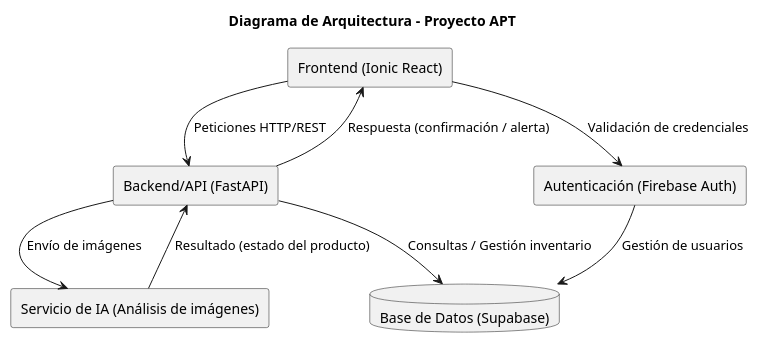
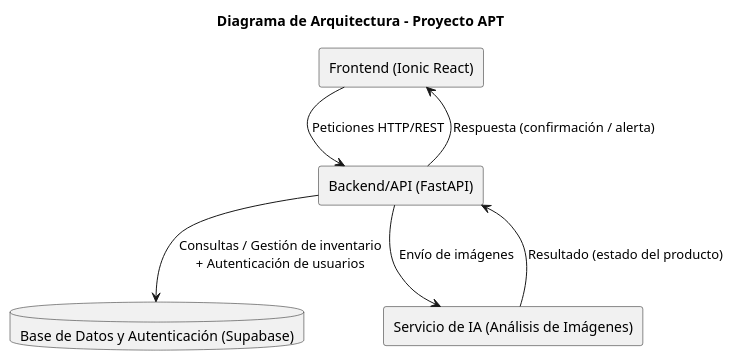
Before and after one commit to Tihare-Campusano/NEXA: the diagram in inventario-app/docs/diagramas/Diagrama_de_arquitectura.puml, drawn with PlantUML. The commit also changed 13 other files, not shown here.

```diff
--- a/inventario-app/docs/diagramas/Diagrama_de_arquitectura.puml
+++ b/inventario-app/docs/diagramas/Diagrama_de_arquitectura.puml
@@ -1,18 +1,15 @@
 @startuml Diagrama_de_arquitectura
 title Diagrama de Arquitectura - Proyecto APT
 
 rectangle "Frontend (Ionic React)" as FE
 rectangle "Backend/API (FastAPI)" as BE
-database "Base de Datos (Supabase)" as DB
-rectangle "Servicio de IA (Análisis de imágenes)" as IA
-rectangle "Autenticación (Firebase Auth)" as AUTH
+database "Base de Datos y Autenticación (Supabase)" as DB
+rectangle "Servicio de IA (Análisis de Imágenes)" as IA
 
 FE --> BE : Peticiones HTTP/REST
-BE --> DB : Consultas / Gestión inventario
+BE --> DB : Consultas / Gestión de inventario\n+ Autenticación de usuarios
 BE --> IA : Envío de imágenes
 IA --> BE : Resultado (estado del producto)
-FE --> AUTH : Validación de credenciales
-AUTH --> DB : Gestión de usuarios
 BE --> FE : Respuesta (confirmación / alerta)
 
 @enduml
```
